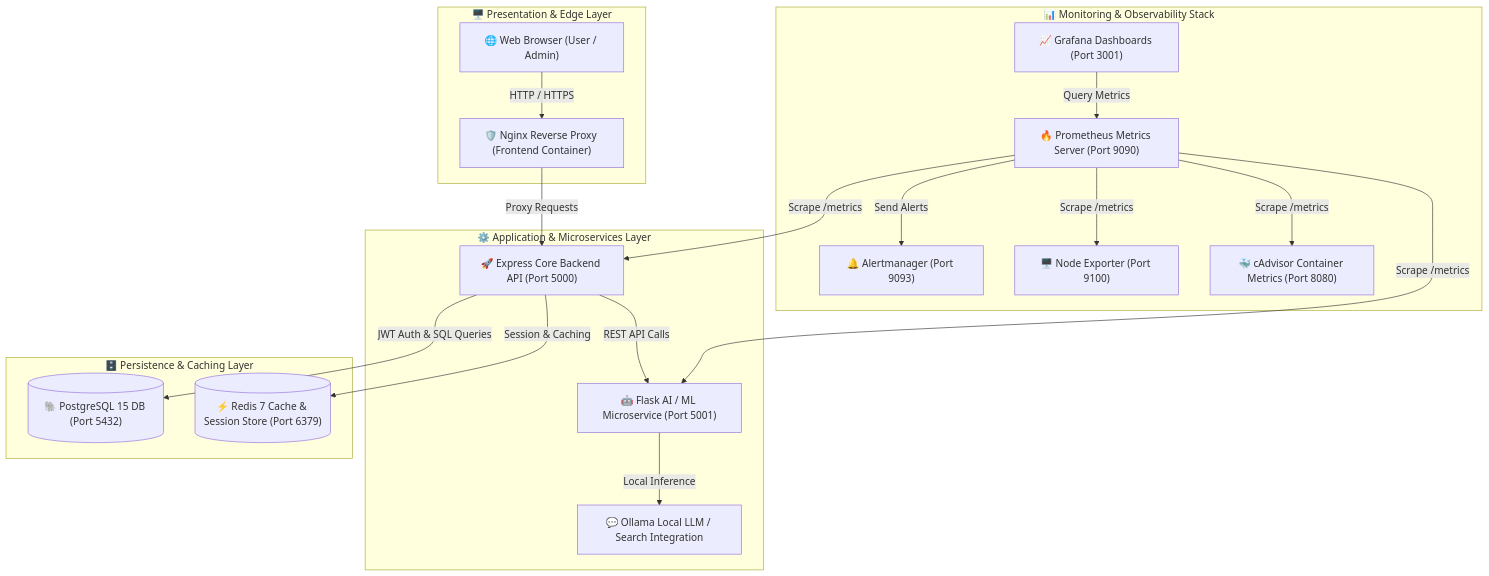
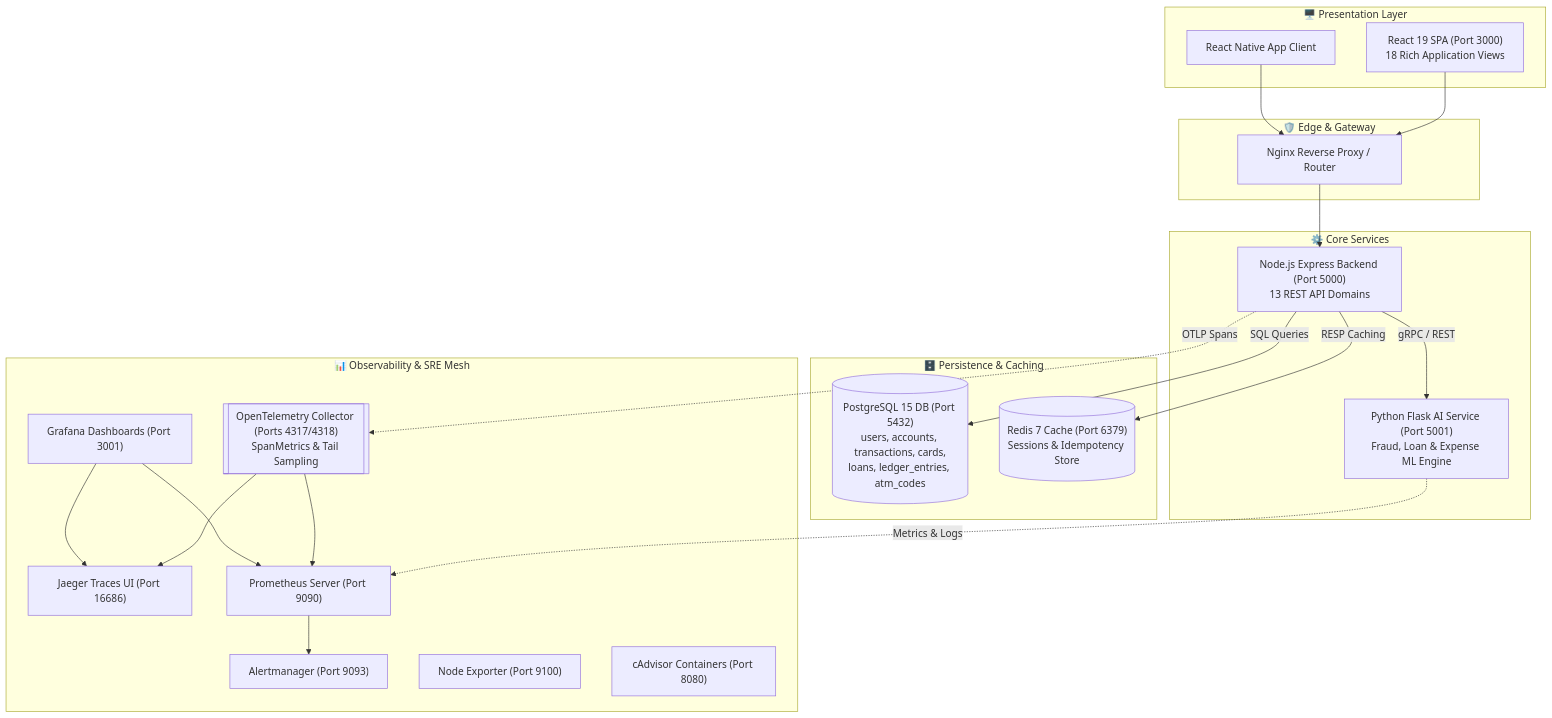
The diagram in README.md (9046balaji/bank-management-system), drawn with Mermaid before and after one commit. The commit also changed other lines of this file, not shown here.

````diff
--- a/README.md
+++ b/README.md
@@ -43,40 +40,48 @@
 ```mermaid
 graph TB
-    subgraph ClientLayer["🖥️ Presentation & Edge Layer"]
-        Browser["🌐 Web Browser (User / Admin)"]
-        Nginx["🛡️ Nginx Reverse Proxy (Frontend Container)"]
+    subgraph PresentationLayer["🖥️ Presentation Layer"]
+        WebSPA["React 19 SPA (Port 3000)<br/>18 Rich Application Views"]
+        MobileClient["React Native App Client"]
     end
 
-    subgraph ServiceLayer["⚙️ Application & Microservices Layer"]
-        Backend["🚀 Express Core Backend API (Port 5000)"]
-        AIService["🤖 Flask AI / ML Microservice (Port 5001)"]
-        LLM["💬 Ollama Local LLM / Search Integration"]
+    subgraph IngressLayer["🛡️ Edge & Gateway"]
+        Nginx["Nginx Reverse Proxy / Router"]
     end
 
-    subgraph PersistenceLayer["🗄️ Persistence & Caching Layer"]
-        Postgres[("🐘 PostgreSQL 15 DB (Port 5432)")]
-        Redis[("⚡ Redis 7 Cache & Session Store (Port 6379)")]
+    subgraph ServiceLayer["⚙️ Core Services"]
+        ExpressBackend["Node.js Express Backend (Port 5000)<br/>13 REST API Domains"]
+        AIService["Python Flask AI Service (Port 5001)<br/>Fraud, Loan & Expense ML Engine"]
     end
 
-    subgraph ObservabilityLayer["📊 Monitoring & Observability Stack"]
-        Prometheus["🔥 Prometheus Metrics Server (Port 9090)"]
-        Grafana["📈 Grafana Dashboards (Port 3001)"]
-        AlertManager["🔔 Alertmanager (Port 9093)"]
-        NodeExporter["🖥️ Node Exporter (Port 9100)"]
-        cAdvisor["🐳 cAdvisor Container Metrics (Port 8080)"]
+    subgraph DataLayer["🗄️ Persistence & Caching"]
+        Postgres[("PostgreSQL 15 DB (Port 5432)<br/>users, accounts, transactions, cards,<br/>loans, ledger_entries, atm_codes")]
+        Redis[("Redis 7 Cache (Port 6379)<br/>Sessions & Idempotency Store")]
     end
 
-    Browser -->|HTTP / HTTPS| Nginx
-    Nginx -->|Proxy Requests| Backend
-    Backend -->|JWT Auth & SQL Queries| Postgres
-    Backend -->|Session & Caching| Redis
-    Backend -->|REST API Calls| AIService
-    AIService -->|Local Inference| LLM
-    
-    Prometheus -->|Scrape /metrics| Backend
-    Prometheus -->|Scrape /metrics| AIService
-    Prometheus -->|Scrape /metrics| NodeExporter
-    Prometheus -->|Scrape /metrics| cAdvisor
-    Prometheus -->|Send Alerts| AlertManager
-    Grafana -->|Query Metrics| Prometheus
+    subgraph ObservabilityLayer["📊 Observability & SRE Mesh"]
+        OTelCol[["OpenTelemetry Collector (Ports 4317/4318)<br/>SpanMetrics & Tail Sampling"]]
+        Jaeger["Jaeger Traces UI (Port 16686)"]
+        Prometheus["Prometheus Server (Port 9090)"]
+        Grafana["Grafana Dashboards (Port 3001)"]
+        AlertManager["Alertmanager (Port 9093)"]
+        NodeExporter["Node Exporter (Port 9100)"]
+        cAdvisor["cAdvisor Containers (Port 8080)"]
+    end
+
+    WebSPA --> Nginx
+    MobileClient --> Nginx
+    Nginx --> ExpressBackend
+
+    ExpressBackend -->|SQL Queries| Postgres
+    ExpressBackend -->|RESP Caching| Redis
+    ExpressBackend -->|gRPC / REST| AIService
+
+    ExpressBackend -.->|OTLP Spans| OTelCol
+    AIService -.->|Metrics & Logs| Prometheus
+
+    OTelCol --> Jaeger
+    OTelCol --> Prometheus
+    Prometheus --> AlertManager
+    Grafana --> Prometheus
+    Grafana --> Jaeger
 ```
````
